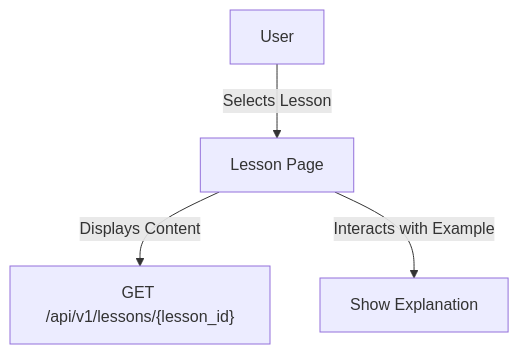
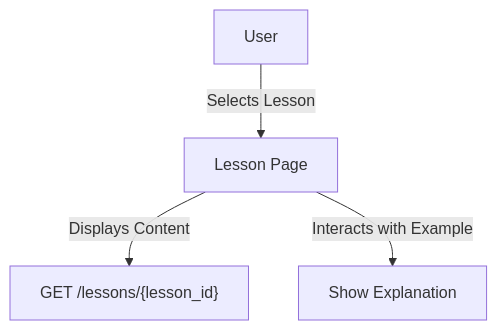
Before and after one commit to husams/grammar-anatomy-interactive: the diagram in docs/features/lesson-view.md, drawn with Mermaid. The commit also changed other lines of this file and 5880 other files, not shown here.

````diff
--- a/docs/features/lesson-view.md
+++ b/docs/features/lesson-view.md
@@ -15,6 +15,6 @@
 ```mermaid
 flowchart TD
     User["User"] -->|"Selects Lesson"| LessonPage["Lesson Page"]
-    LessonPage -->|"Displays Content"| ContentAPI["GET /api/v1/lessons/{lesson_id}"]
+    LessonPage -->|"Displays Content"| ContentAPI["GET /lessons/{lesson_id}"]
     LessonPage -->|"Interacts with Example"| ExamplePopup["Show Explanation"]
 ```
````
